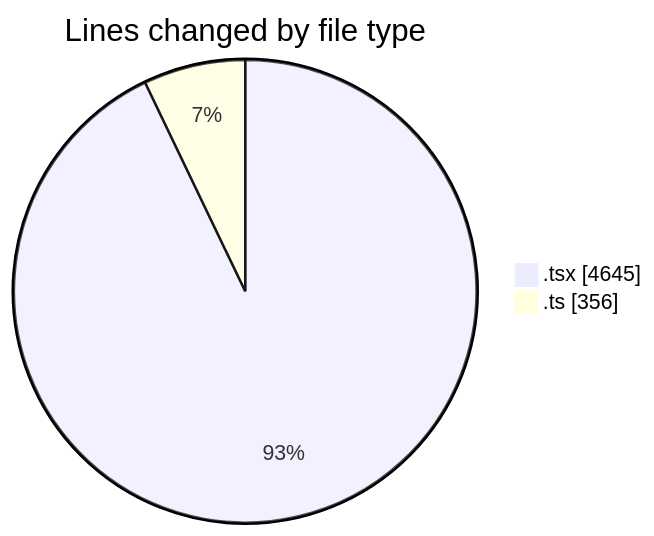
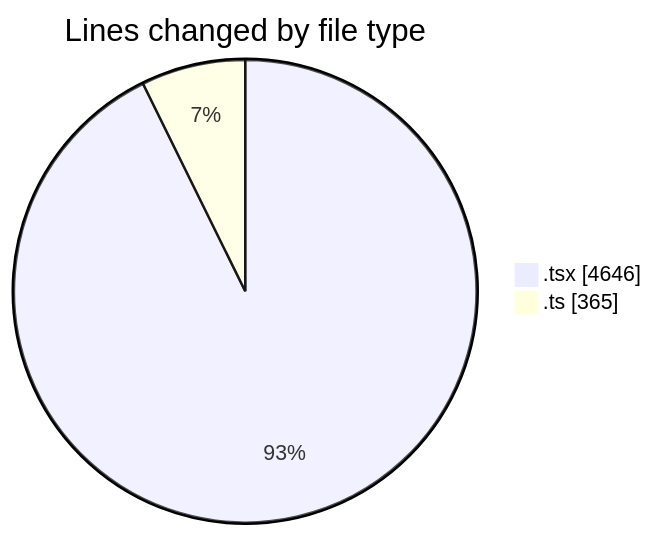
One commit to nxtqubesakshisongat/code-tracking changed the first of 2 diagrams in 2026-03-15/nxtqube_webapp/README.md. Above: the diagram before and after it, drawn with Mermaid. The commit also changed other lines of this file and 1 other file, not shown here.

````diff
--- a/2026-03-15/nxtqube_webapp/README.md
+++ b/2026-03-15/nxtqube_webapp/README.md
@@ -25,6 +25,6 @@
 ```mermaid
 pie showData
 title Lines changed by file type
-".tsx" : 4645
-".ts" : 356
+".tsx" : 4646
+".ts" : 365
 ```
````
